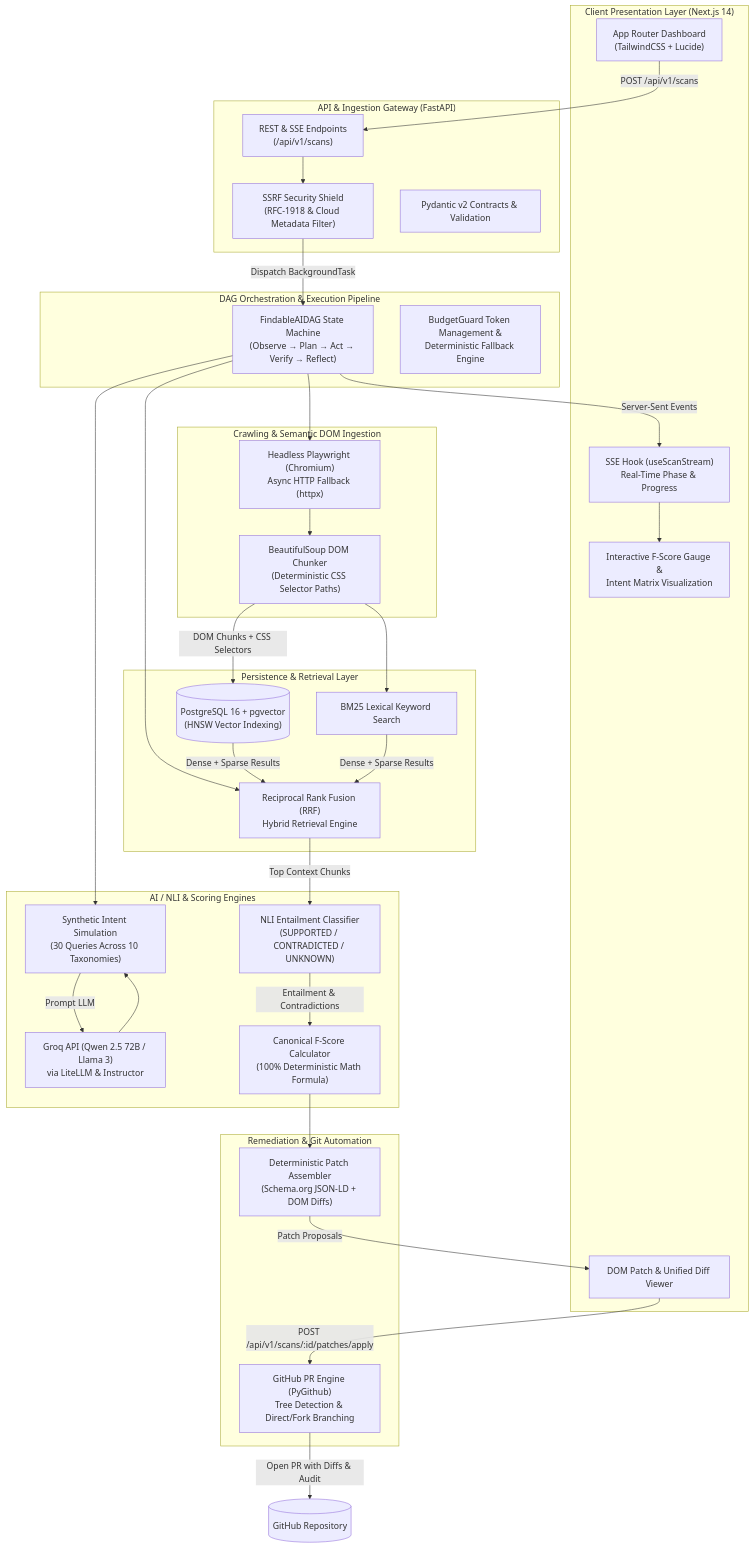
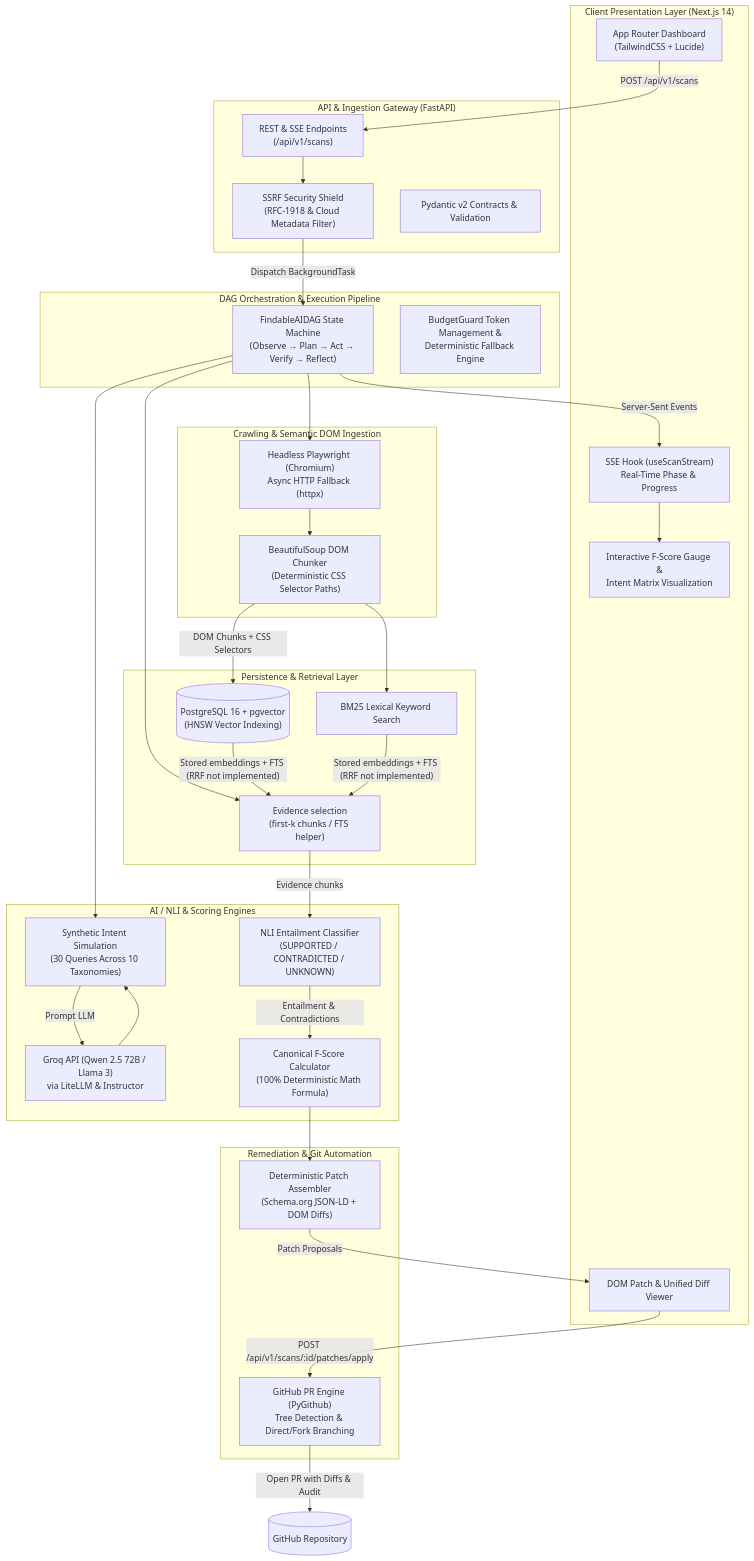
One commit to Chirag1724/FindableAI changed the first of 2 diagrams in README.md. Above: the diagram before and after it, drawn with Mermaid. The commit also changed other lines of this file and 15 other files, not shown here.

````diff
--- a/README.md
+++ b/README.md
@@ -128,69 +131,69 @@
 ```mermaid
 flowchart TB
     subgraph Client ["Client Presentation Layer (Next.js 14)"]
         UI["App Router Dashboard<br/>(TailwindCSS + Lucide)"]
         SSEHook["SSE Hook (useScanStream)<br/>Real-Time Phase & Progress"]
         ScoreUI["Interactive F-Score Gauge &<br/>Intent Matrix Visualization"]
         DiffView["DOM Patch & Unified Diff Viewer"]
     end
 
     subgraph Gateway ["API & Ingestion Gateway (FastAPI)"]
         Router["REST & SSE Endpoints<br/>(/api/v1/scans)"]
         SSRF["SSRF Security Shield<br/>(RFC-1918 & Cloud Metadata Filter)"]
         Pydantic["Pydantic v2 Contracts & Validation"]
     end
 
     subgraph Pipeline ["DAG Orchestration & Execution Pipeline"]
         DAG["FindableAIDAG State Machine<br/>(Observe → Plan → Act → Verify → Reflect)"]
         Budget["BudgetGuard Token Management &<br/>Deterministic Fallback Engine"]
     end
 
     subgraph Ingestion ["Crawling & Semantic DOM Ingestion"]
         Crawler["Headless Playwright (Chromium)<br/>Async HTTP Fallback (httpx)"]
         Chunker["BeautifulSoup DOM Chunker<br/>(Deterministic CSS Selector Paths)"]
     end
 
     subgraph Storage ["Persistence & Retrieval Layer"]
         PG[("PostgreSQL 16 + pgvector<br/>(HNSW Vector Indexing)")]
         BM25["BM25 Lexical Keyword Search"]
-        RRF["Reciprocal Rank Fusion (RRF)<br/>Hybrid Retrieval Engine"]
+        RET["Evidence selection<br/>(first-k chunks / FTS helper)"]
     end
 
     subgraph AI ["AI / NLI & Scoring Engines"]
         Groq["Groq API (Qwen 2.5 72B / Llama 3)<br/>via LiteLLM & Instructor"]
         IntentGen["Synthetic Intent Simulation<br/>(30 Queries Across 10 Taxonomies)"]
         NLI["NLI Entailment Classifier<br/>(SUPPORTED / CONTRADICTED / UNKNOWN)"]
         Scorer["Canonical F-Score Calculator<br/>(100% Deterministic Math Formula)"]
     end
 
     subgraph Remediation ["Remediation & Git Automation"]
         PatchGen["Deterministic Patch Assembler<br/>(Schema.org JSON-LD + DOM Diffs)"]
         GitEngine["GitHub PR Engine (PyGithub)<br/>Tree Detection & Direct/Fork Branching"]
     end
 
     %% Connections
     UI -->|"POST /api/v1/scans"| Router
     Router --> SSRF
     SSRF -->|"Dispatch BackgroundTask"| DAG
     DAG -->|"Server-Sent Events"| SSEHook
     SSEHook --> ScoreUI
     
     DAG --> Crawler
     Crawler --> Chunker
     Chunker -->|"DOM Chunks + CSS Selectors"| PG
     Chunker --> BM25
 
     DAG --> IntentGen
     IntentGen -->|"Prompt LLM"| Groq
     Groq --> IntentGen
     
-    DAG --> RRF
-    PG & BM25 -->|"Dense + Sparse Results"| RRF
-    RRF -->|"Top Context Chunks"| NLI
+    DAG --> RET
+    PG & BM25 -->|"Stored embeddings + FTS (RRF not implemented)"| RET
+    RET -->|"Evidence chunks"| NLI
     NLI -->|"Entailment & Contradictions"| Scorer
     
     Scorer --> PatchGen
     PatchGen -->|"Patch Proposals"| DiffView
     DiffView -->|"POST /api/v1/scans/:id/patches/apply"| GitEngine
     GitEngine -->|"Open PR with Diffs & Audit"| GitHub[("GitHub Repository")]
 ```
````
